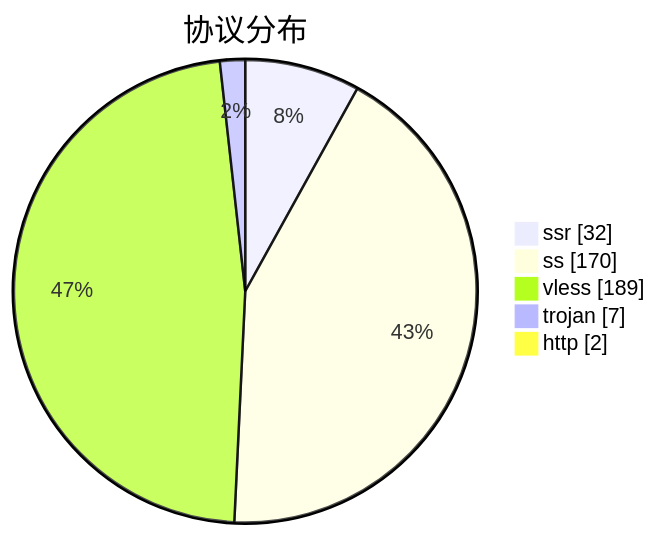
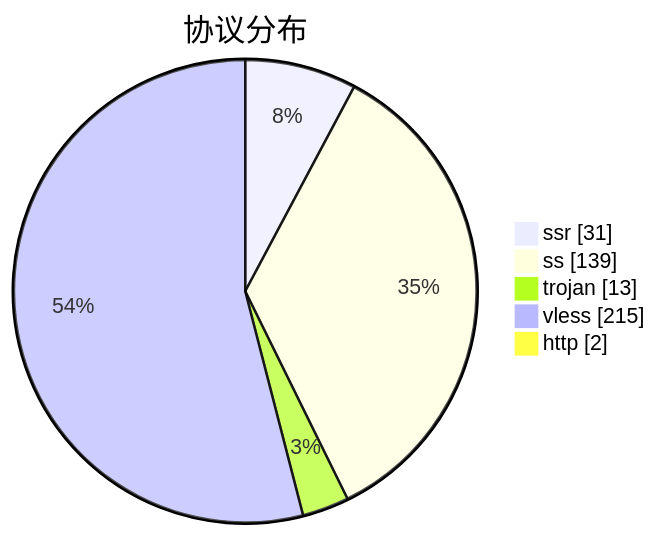
The third of 3 diagrams in subs/statistics/tested_within.md (qjlxg/airport), drawn with Mermaid before and after one commit. The commit also changed other lines of this file and 2 other files, not shown here.

````diff
--- a/subs/statistics/tested_within.md
+++ b/subs/statistics/tested_within.md
@@ -18,9 +20,9 @@
 ```mermaid
 pie showData
 title 协议分布
-"ssr" : 32
-"ss" : 170
-"vless" : 189
-"trojan" : 7
+"ssr" : 31
+"ss" : 139
+"trojan" : 13
+"vless" : 215
 "http" : 2
 ```
````
